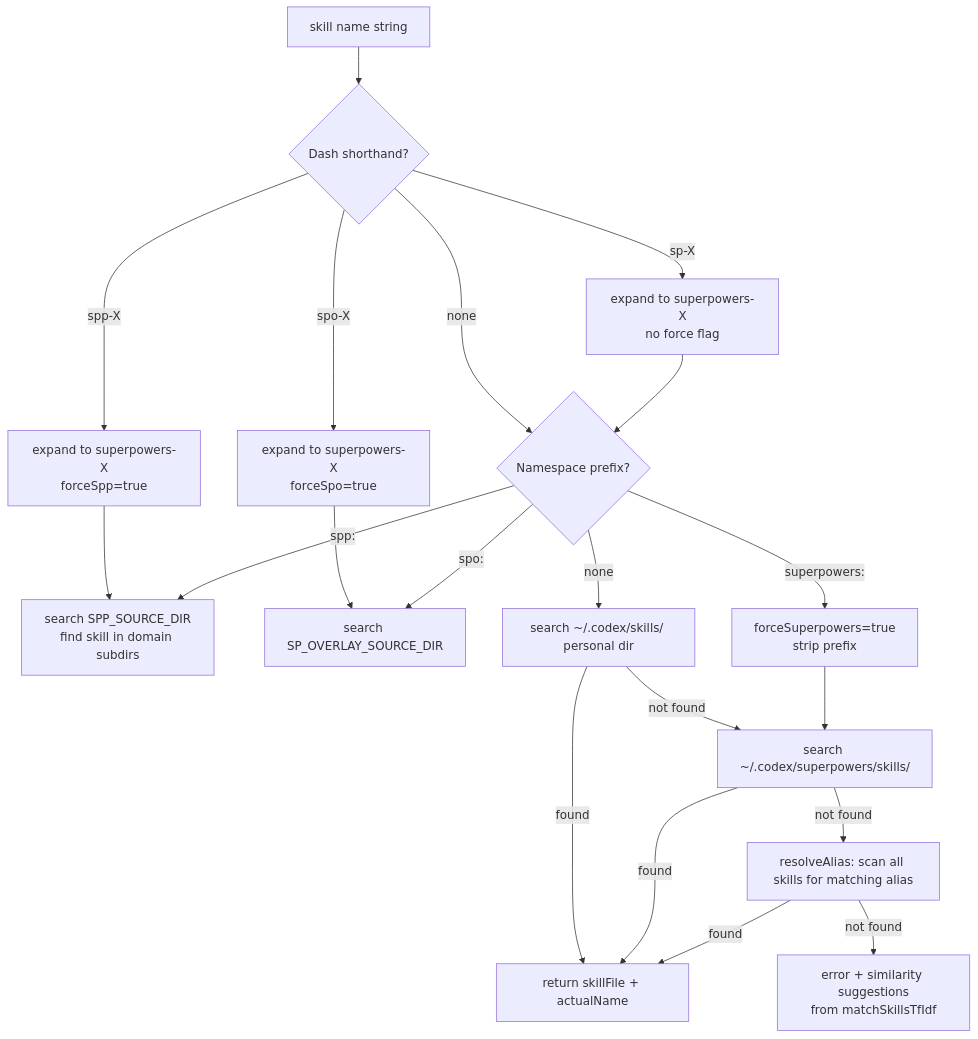
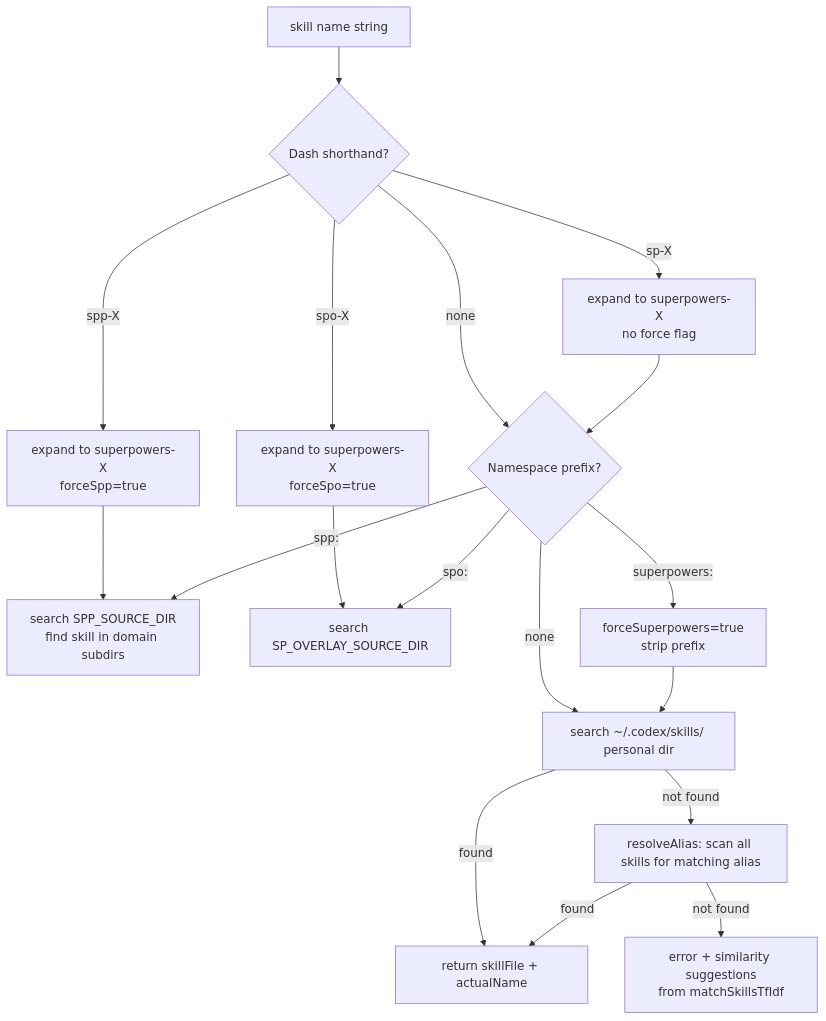
The ninth of 9 diagrams in docs/DESIGN.md (bordenet/superpowers-plus), drawn with Mermaid before and after one commit. The commit also changed other lines of this file and 4 other files, not shown here.

First line of the commit message:
docs: remove stale SUPERPOWERS_DIR/superpowers.sh refs from ARCHITECTURE + DESIGN

````diff
--- a/docs/DESIGN.md
+++ b/docs/DESIGN.md
@@ -499,35 +497,31 @@
 ```mermaid
 flowchart TD
     IN[skill name string]
 
     IN --> DASH{Dash shorthand?}
     DASH -->|sp-X| EXP1[expand to superpowers-X<br/>no force flag]
     DASH -->|spp-X| EXP2[expand to superpowers-X<br/>forceSpp=true]
     DASH -->|spo-X| EXP3[expand to superpowers-X<br/>forceSpo=true]
     DASH -->|none| PREFIX
 
     EXP1 --> PREFIX
     EXP2 --> FORCE_SPP
     EXP3 --> FORCE_SPO
 
     PREFIX{Namespace prefix?}
     PREFIX -->|superpowers:| FORCE_SPO2[forceSuperpowers=true<br/>strip prefix]
     PREFIX -->|spp:| FORCE_SPP[search SPP_SOURCE_DIR<br/>find skill in domain subdirs]
     PREFIX -->|spo:| FORCE_SPO[search SP_OVERLAY_SOURCE_DIR]
     PREFIX -->|none| PERSONAL
 
     PERSONAL[search ~/.codex/skills/ personal dir]
     PERSONAL -->|found| DONE
-    PERSONAL -->|not found| SUPERPOWERS_DIR
-
-    SUPERPOWERS_DIR[search ~/.codex/superpowers/skills/]
-    SUPERPOWERS_DIR -->|found| DONE
-    SUPERPOWERS_DIR -->|not found| ALIAS
+    PERSONAL -->|not found| ALIAS
 
     ALIAS[resolveAlias: scan all skills for matching alias]
     ALIAS -->|found| DONE
     ALIAS -->|not found| ERROR[error + similarity suggestions<br/>from matchSkillsTfIdf]
 
-    FORCE_SPO2 --> SUPERPOWERS_DIR
+    FORCE_SPO2 --> PERSONAL
     DONE[return skillFile + actualName]
 ```
````
